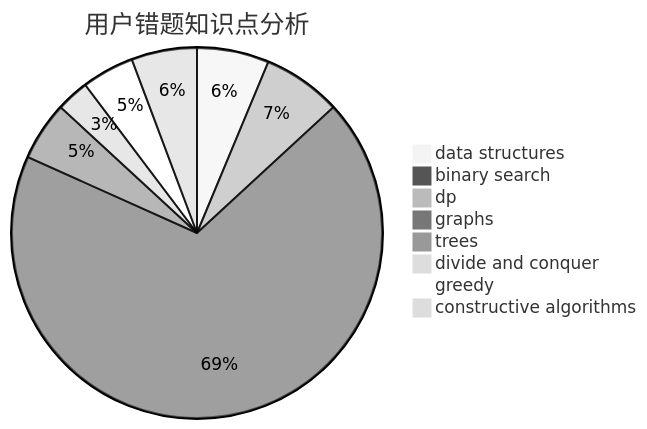
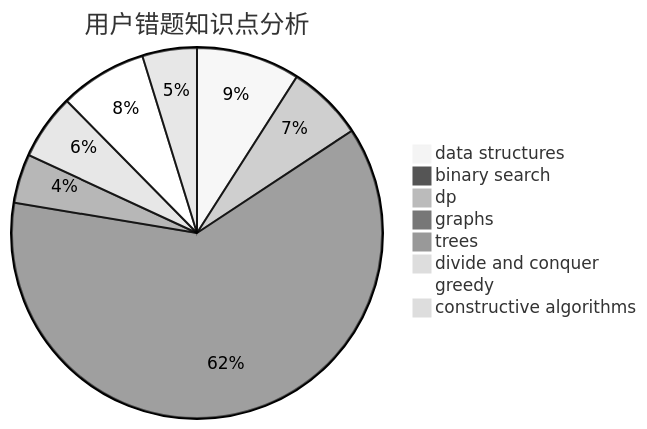
Before and after one commit to sherpahu/cfrs.github.io: the third of 3 diagrams in docs/user/u793.md, drawn with Mermaid (neutral theme). The commit also changed other lines of this file and 2770 other files, not shown here.

````diff
--- a/docs/user/u793.md
+++ b/docs/user/u793.md
@@ -36,11 +36,11 @@
 ```mermaid
 pie title 用户错题知识点分析
-    "data structures" :  11
+    "data structures" :  19
     "binary search" :  0
-    "dp" :  12
-    "graphs" :  120
+    "dp" :  14
+    "graphs" :  130
     "trees" :  9
-    "divide and conquer" :  5
-    "greedy" :  8
+    "divide and conquer" :  12
+    "greedy" :  16
     "constructive algorithms" :  10
 ```
````
